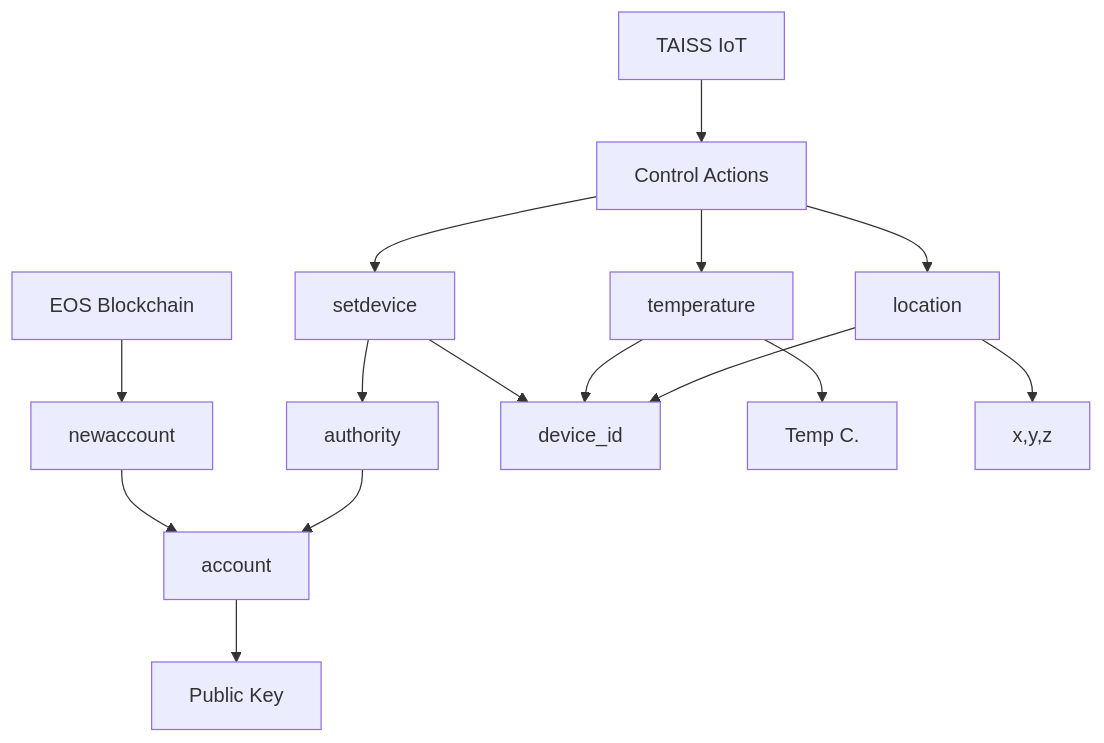
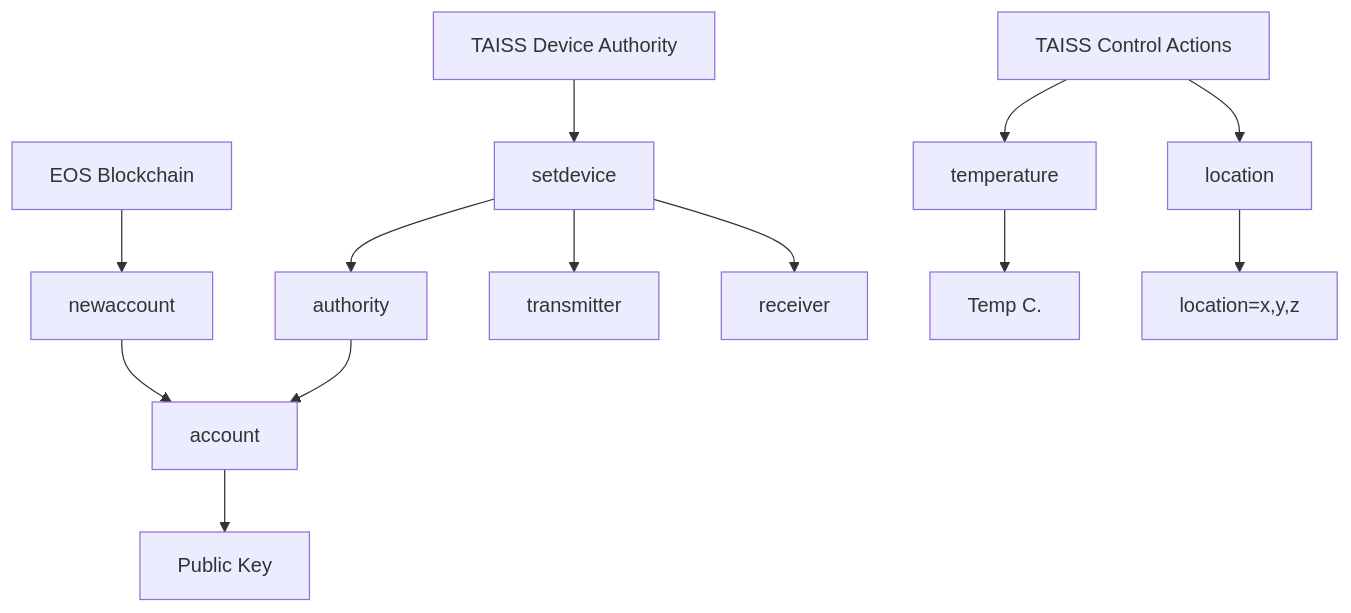
Before and after one commit to pinax-network/taiss-contract: the diagram in README.md, drawn with Mermaid. The commit also changed other lines of this file and 3 other files, not shown here.

````diff
--- a/README.md
+++ b/README.md
@@ -22,26 +22,24 @@
 ```mermaid
 graph TD;
-  iot[TAISS IoT]
-  actions[Control Actions]
-  iot --> actions
-  actions --> setdevice
+  actions[TAISS Control Actions]
+  device[TAISS Device Authority]
+  device --> setdevice
   actions --> temperature
   actions --> location
 
   eos[EOS Blockchain] --> newaccount
   newaccount --> account[EOS Account]
   authority --> account[account]
   account --> public_key[Public Key]
 
   setdevice[setdevice]
-  setdevice --> device_id[device_id]
+  setdevice --> transmitter
+  setdevice --> receiver
   setdevice --> authority[authority]
 
   temperature[temperature]
-  temperature --> device_id[device_id]
   temperature --> temp[Temp C.]
 
   location[location]
-  location --> device_id[device_id]
-  location --> geometry[x,y,z]
+  location --> geometry[location=x,y,z]
 ```
````
